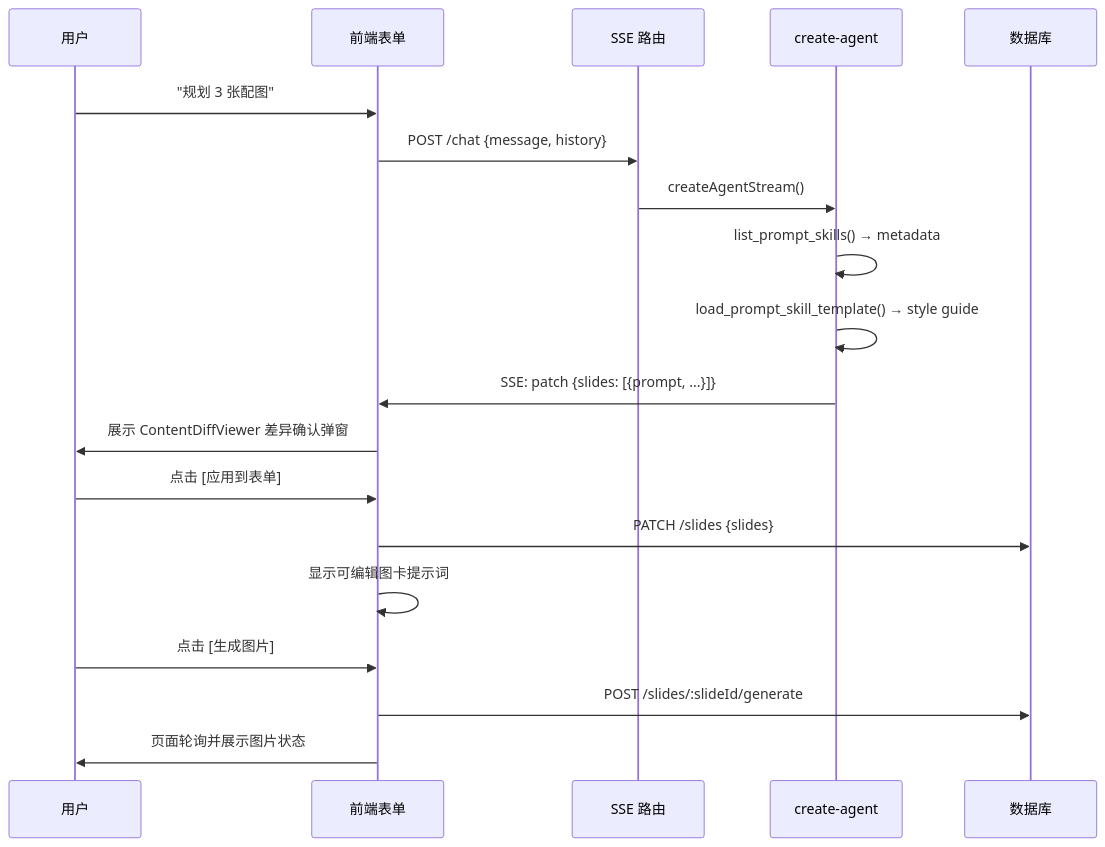
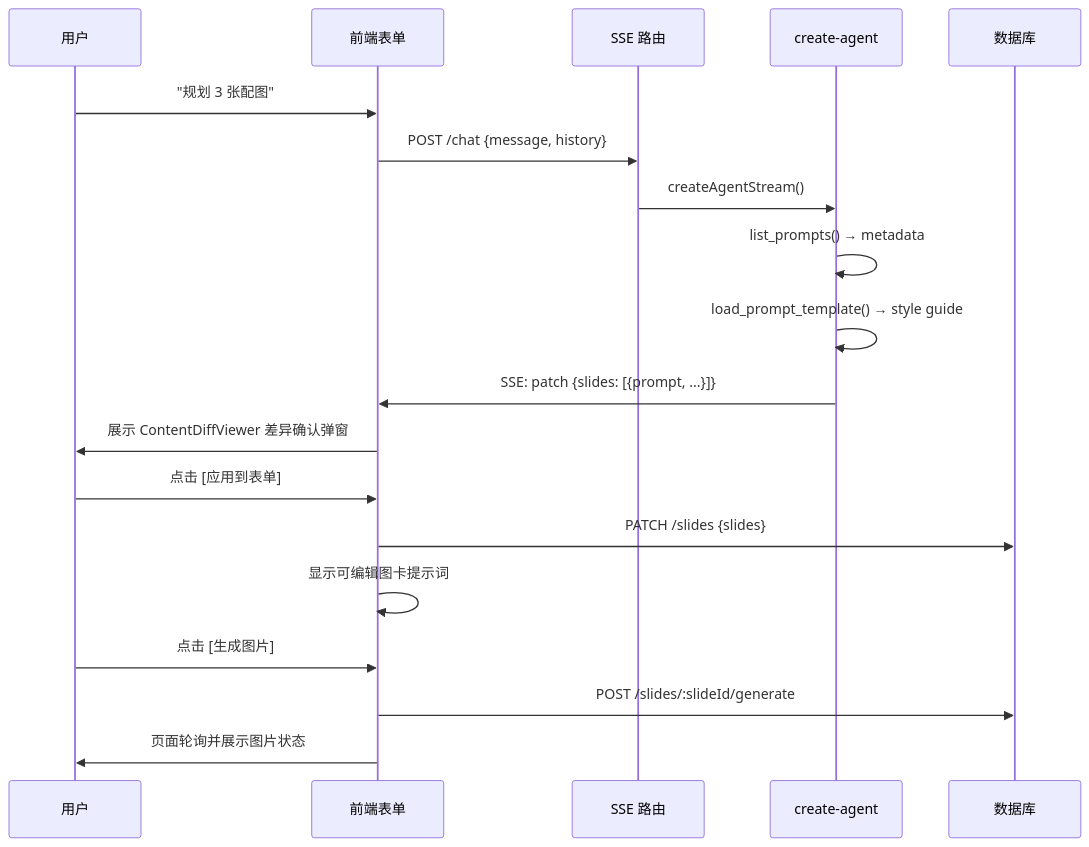
One commit to NNNNzs/react.nnnnzs.cn changed the diagram in docs/designs/ai/create-agent.md. Above: the diagram before and after it, drawn with Mermaid. The commit also changed other lines of this file and 41 other files, not shown here.

````diff
--- a/docs/designs/ai/create-agent.md
+++ b/docs/designs/ai/create-agent.md
@@ -46,22 +46,22 @@
 ```mermaid
 sequenceDiagram
     participant U as 用户
     participant FE as 前端表单
     participant API as SSE 路由
     participant Agent as create-agent
     participant DB as 数据库
 
     U->>FE: "规划 3 张配图"
     FE->>API: POST /chat {message, history}
     API->>Agent: createAgentStream()
-    Agent->>Agent: list_prompt_skills() → metadata
-    Agent->>Agent: load_prompt_skill_template() → style guide
+    Agent->>Agent: list_prompts() → metadata
+    Agent->>Agent: load_prompt_template() → style guide
     Agent->>FE: SSE: patch {slides: [{prompt, ...}]}
     FE->>U: 展示 ContentDiffViewer 差异确认弹窗
     U->>FE: 点击 [应用到表单]
     FE->>DB: PATCH /slides {slides}
     FE->>FE: 显示可编辑图卡提示词
     U->>FE: 点击 [生成图片]
     FE->>DB: POST /slides/:slideId/generate
     FE->>U: 页面轮询并展示图片状态
 ```
````
